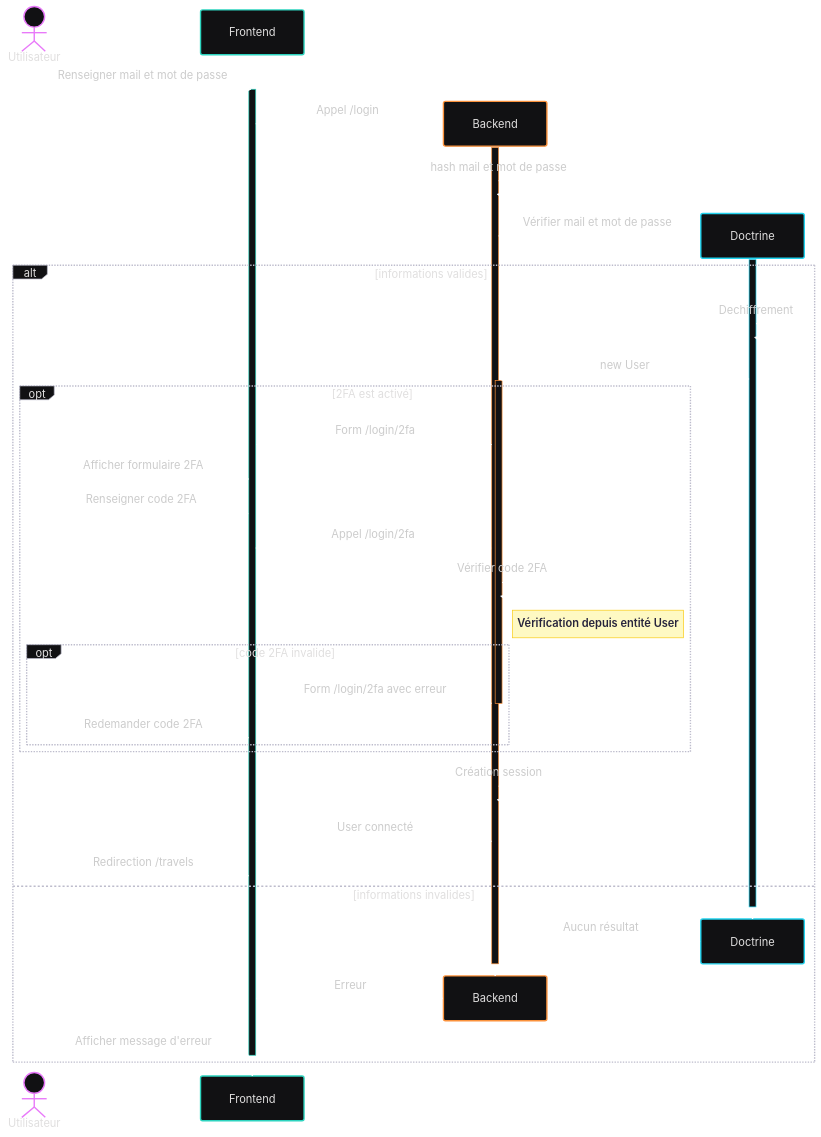
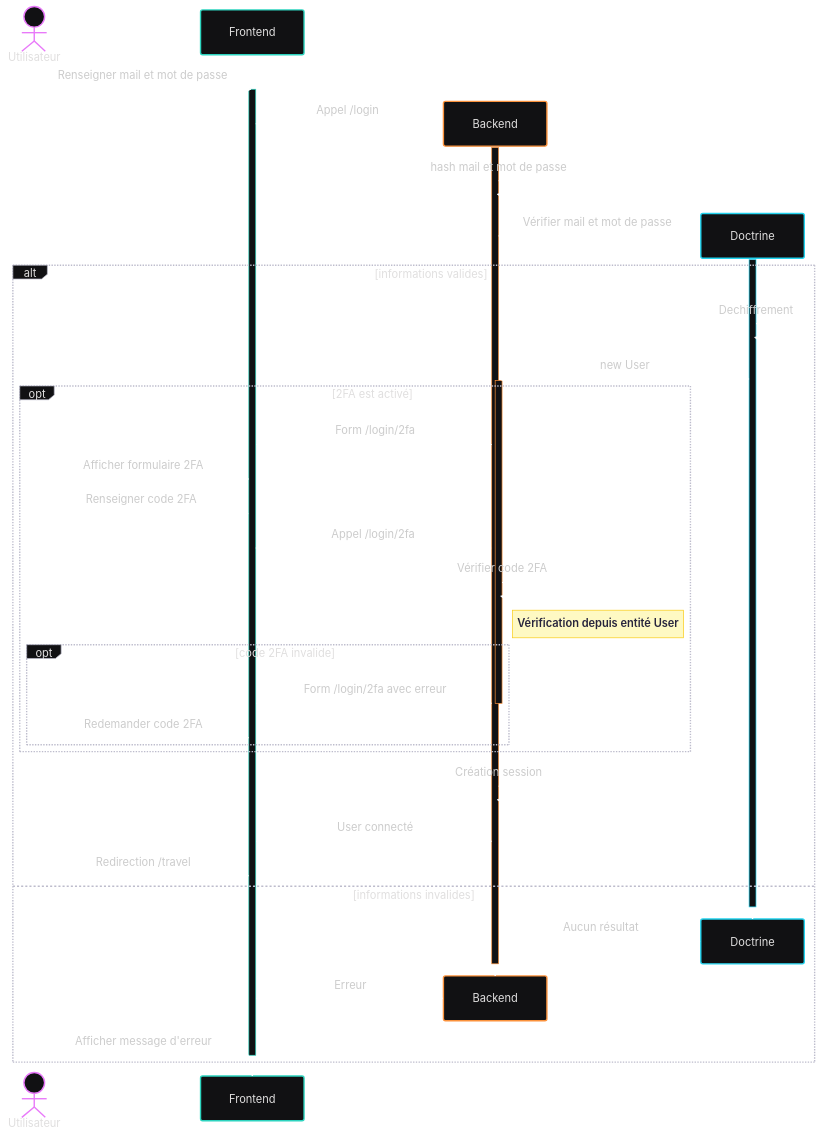
One commit to Anarchick/EcoRide changed the diagram in diagrams/sequences/login.mmd. Above: the diagram before and after it, drawn with Mermaid. The commit also changed 2 other files, not shown here.

Commit message:
update diagrams

```diff
--- a/diagrams/sequences/login.mmd
+++ b/diagrams/sequences/login.mmd
@@ -1,45 +1,45 @@
 %%{init: {"theme": "redux-dark-color"}}%%
 sequenceDiagram
 actor U as Utilisateur
 participant F as Frontend
 
 U ->> F: Renseigner mail et mot de passe
 activate F
 create participant B as Backend
 F ->> B: Appel /login
 activate B
 B ->> B: hash mail et mot de passe
 create participant D as Doctrine
 B ->> D: Vérifier mail et mot de passe
 activate D
 alt informations valides
     D ->> D: Dechiffrement
     D -->> B: new User
     activate B
     opt 2FA est activé
         B -->> F: Form /login/2fa
         F -->> U: Afficher formulaire 2FA
         U ->> F: Renseigner code 2FA
         F ->> B: Appel /login/2fa
         B ->> B: Vérifier code 2FA
         Note right of B: Vérification depuis entité User
         opt code 2FA invalide
             B -->> F: Form /login/2fa avec erreur
             deactivate B
             F -->> U: Redemander code 2FA
         end
     end
     B ->> B: Création session
     B -->> F: User connecté
-    F -->> U: Redirection /travels
+    F -->> U: Redirection /travel
 
 else informations invalides
     deactivate D
     destroy D
     D -->> B: Aucun résultat
     deactivate B
     destroy B
     B -->> F: Erreur
     F -->> U: Afficher message d'erreur
     deactivate F
 end
```
